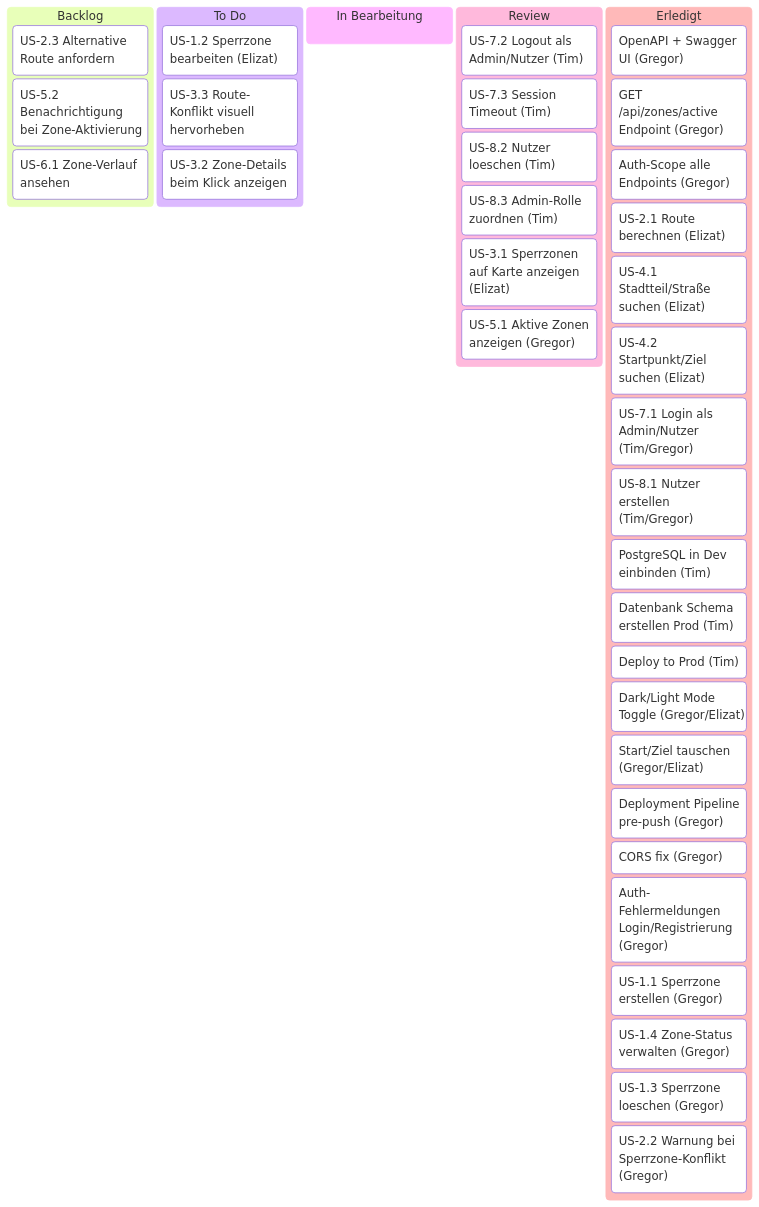
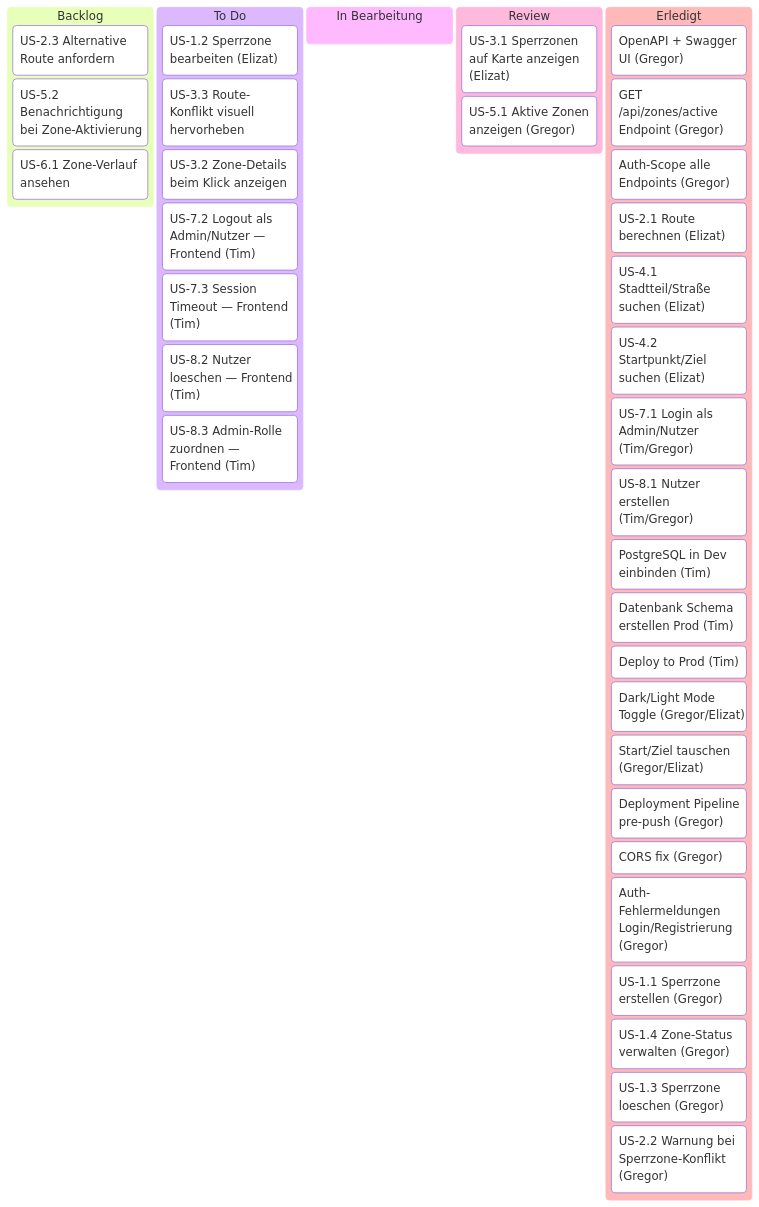
One commit to g8rdier/urban-flow-governance changed the diagram in docs/project/PLAN.md. Above: the diagram before and after it, drawn with Mermaid.

Commit message:
docs: move Tim's frontend-open stories from Review to To Do

````diff
--- a/docs/project/PLAN.md
+++ b/docs/project/PLAN.md
@@ -15,49 +15,49 @@
 ```mermaid
 ---
 config:
   kanban:
     ticketBaseUrl: ''
 ---
 kanban
   Backlog
     b1[US-2.3 Alternative Route anfordern]
     b3[US-5.2 Benachrichtigung bei Zone-Aktivierung]
     b4[US-6.1 Zone-Verlauf ansehen]
 
   ToDo[To Do]
     t1["US-1.2 Sperrzone bearbeiten (Elizat)"]
     t2[US-3.3 Route-Konflikt visuell hervorheben]
     t3[US-3.2 Zone-Details beim Klick anzeigen]
+    t4["US-7.2 Logout als Admin/Nutzer — Frontend (Tim)"]
+    t5["US-7.3 Session Timeout — Frontend (Tim)"]
+    t6["US-8.2 Nutzer loeschen — Frontend (Tim)"]
+    t7["US-8.3 Admin-Rolle zuordnen — Frontend (Tim)"]
 
   InProgress[In Bearbeitung]
 
   Review
-    r5["US-7.2 Logout als Admin/Nutzer (Tim)"]
-    r6["US-7.3 Session Timeout (Tim)"]
-    r8["US-8.2 Nutzer loeschen (Tim)"]
-    r9["US-8.3 Admin-Rolle zuordnen (Tim)"]
     p3["US-3.1 Sperrzonen auf Karte anzeigen (Elizat)"]
     p4["US-5.1 Aktive Zonen anzeigen (Gregor)"]
 
   Erledigt
     d1["OpenAPI + Swagger UI (Gregor)"]
     d2["GET /api/zones/active Endpoint (Gregor)"]
     d3["Auth-Scope alle Endpoints (Gregor)"]
     d4["US-2.1 Route berechnen (Elizat)"]
     d5["US-4.1 Stadtteil/Straße suchen (Elizat)"]
     d6["US-4.2 Startpunkt/Ziel suchen (Elizat)"]
     r4["US-7.1 Login als Admin/Nutzer (Tim/Gregor)"]
     r7["US-8.1 Nutzer erstellen (Tim/Gregor)"]
     p5["PostgreSQL in Dev einbinden (Tim)"]
     t7["Datenbank Schema erstellen Prod (Tim)"]
     t8["Deploy to Prod (Tim)"]
     d7["Dark/Light Mode Toggle (Gregor/Elizat)"]
     d8["Start/Ziel tauschen (Gregor/Elizat)"]
     d9["Deployment Pipeline pre-push (Gregor)"]
     d10["CORS fix (Gregor)"]
     d11["Auth-Fehlermeldungen Login/Registrierung (Gregor)"]
     p1["US-1.1 Sperrzone erstellen (Gregor)"]
     p2["US-1.4 Zone-Status verwalten (Gregor)"]
     r2["US-1.3 Sperrzone loeschen (Gregor)"]
     r3["US-2.2 Warnung bei Sperrzone-Konflikt (Gregor)"]
 ```
````
